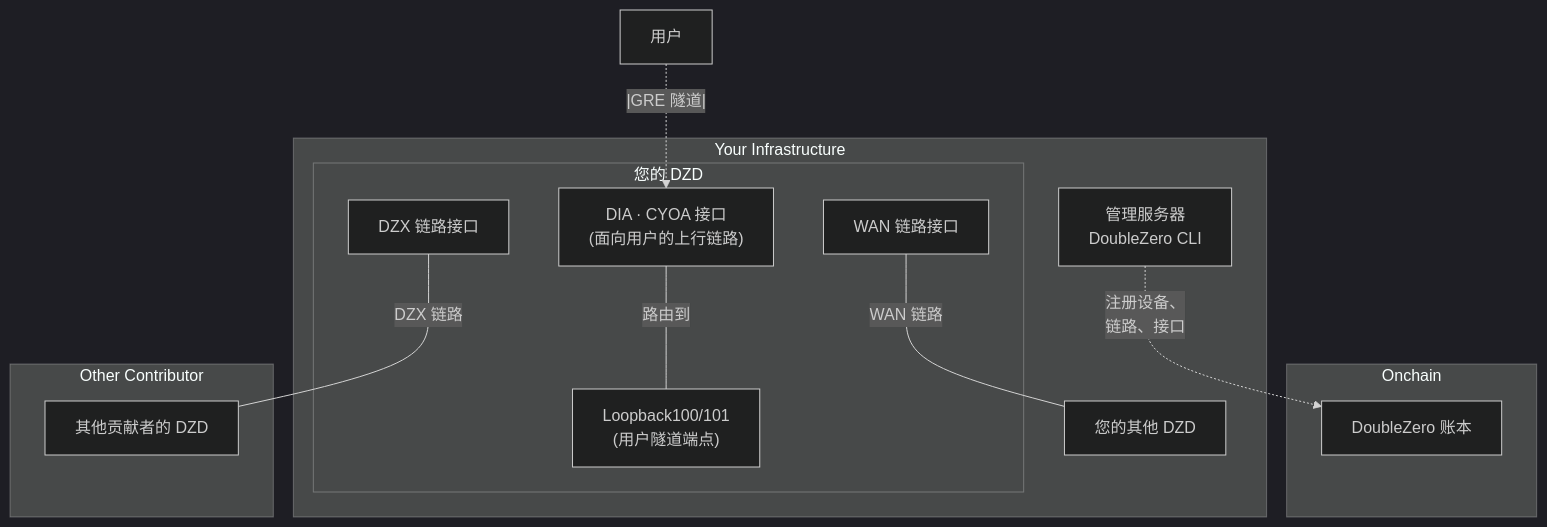
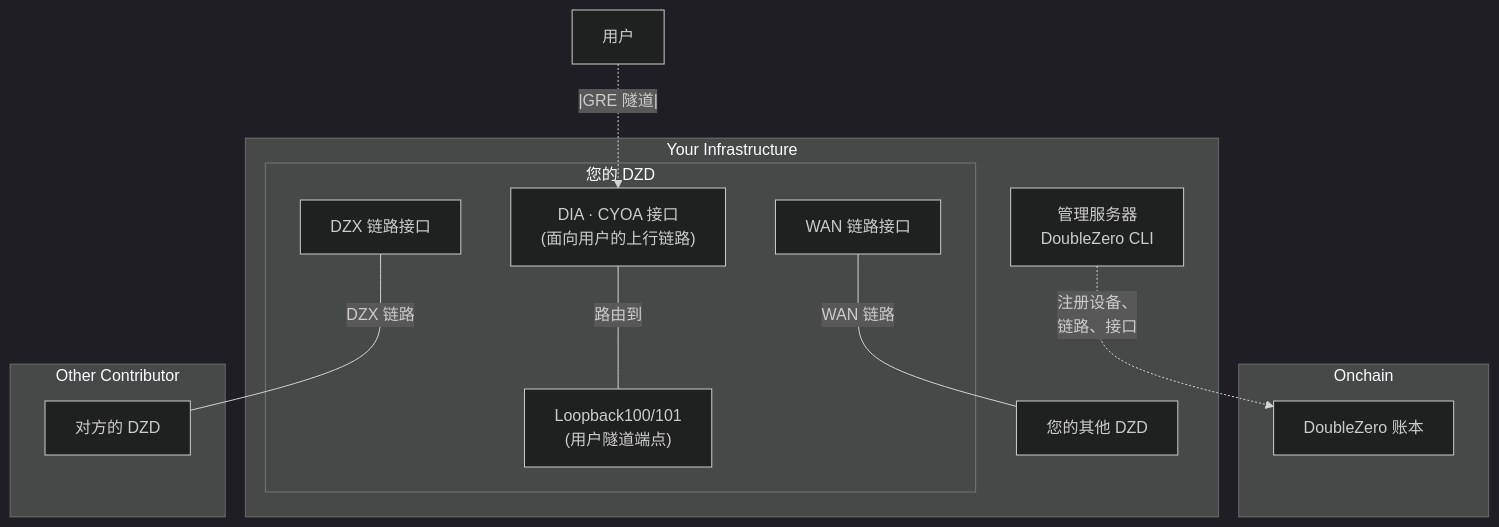
The first of 13 diagrams in docs/contribute-provisioning.zh.md (malbeclabs/docs), drawn with Mermaid (dark theme) before and after one commit. The commit also changed other lines of this file and 130 other files, not shown here.

````diff
--- a/docs/contribute-provisioning.zh.md
+++ b/docs/contribute-provisioning.zh.md
@@ -50,29 +50,29 @@
 ```mermaid
 flowchart TB
     subgraph Onchain
         SC[DoubleZero 账本]
     end
 
     subgraph Your Infrastructure
         MGMT[管理服务器<br/>DoubleZero CLI]
         subgraph DZD[您的 DZD]
             CYOA["DIA · CYOA 接口<br/>(面向用户的上行链路)"]
             WAN_INTF["WAN 链路接口"]
             DZX_INTF["DZX 链路接口"]
             LO100["Loopback100/101<br/>(用户隧道端点)"]
         end
         DZD2[您的其他 DZD]
     end
 
     subgraph Other Contributor
-        OtherDZD[其他贡献者的 DZD]
+        OtherDZD[对方的 DZD]
     end
 
     USERS["用户"]
 
     MGMT -.->|注册设备、<br/>链路、接口| SC
     WAN_INTF ---|WAN 链路| DZD2
     DZX_INTF ---|DZX 链路| OtherDZD
     USERS -.|GRE 隧道|.-> CYOA
     CYOA ---|路由到| LO100
 ```
````
